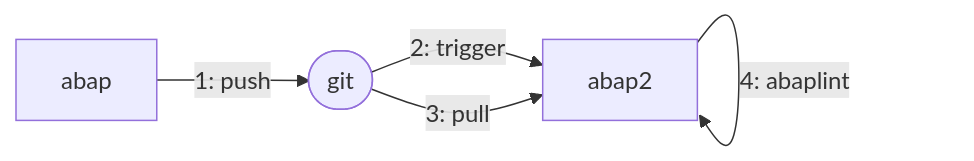
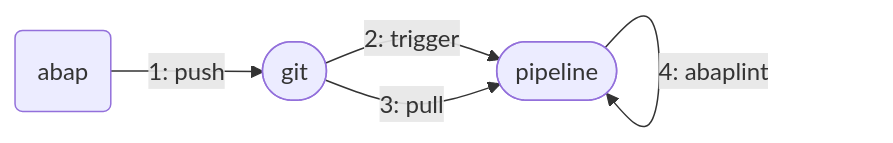
One commit to SAP/styleguides changed the second of 2 diagrams in abap-code-review/src/TestTool.md. Above: the diagram before and after it, drawn with Mermaid. The commit also changed other lines of this file, not shown here.

````diff
--- a/abap-code-review/src/TestTool.md
+++ b/abap-code-review/src/TestTool.md
@@ -100,8 +100,8 @@
 ```mermaid
  %%{ init: { 'flowchart': { 'curve': 'natural' } } }%%
  flowchart LR 
-    A[abap] -->|1: push| B([git])
-    B -->|2: trigger| C[pipeline]
-    B -->|3: pull| C[abap2]
+    A(abap) -->|1: push| B([git])
+    B -->|2: trigger| C([pipeline])
+    B -->|3: pull| C
     C --> |4: abaplint| C
  ```
````
